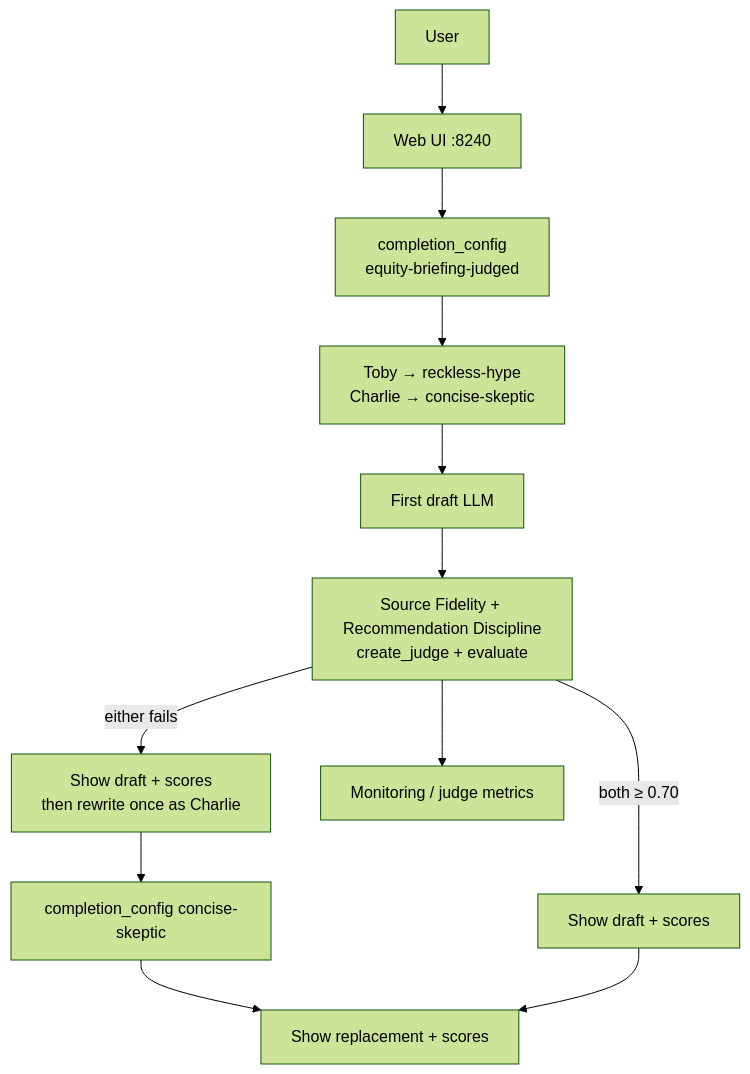
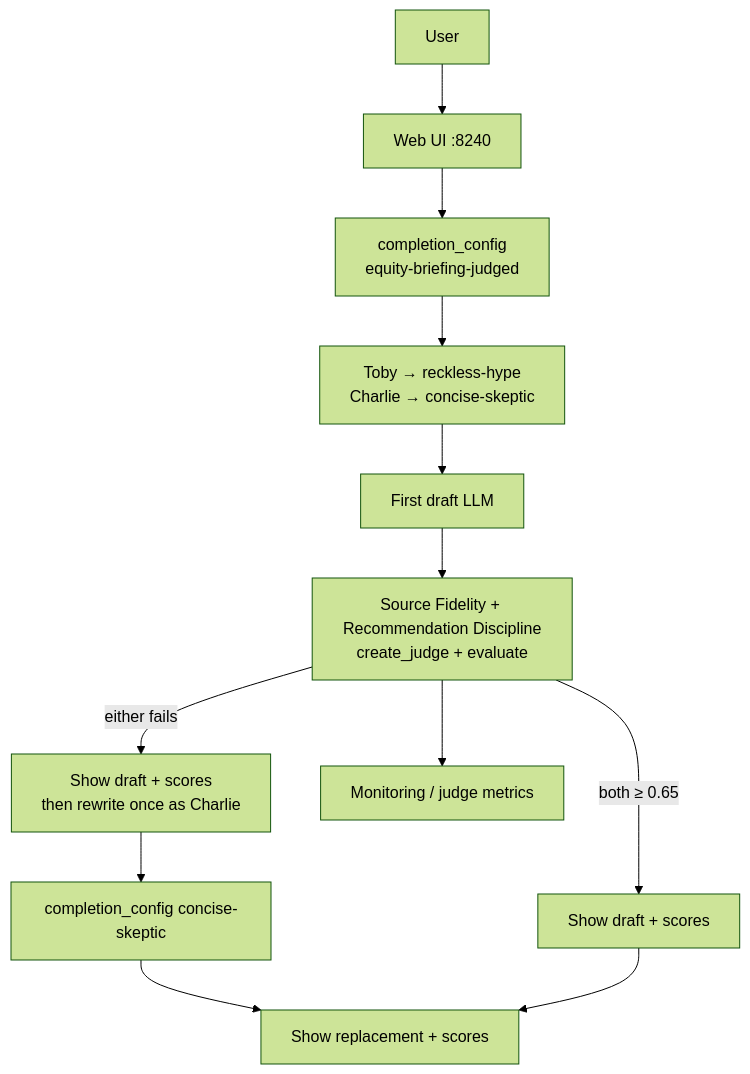
The diagram in 20-agent-config/24-agent-judges/application.md (marcoman/lunch-marcoly), drawn with Mermaid (forest theme) before and after one commit. The commit also changed other lines of this file and 22 other files, not shown here.

````diff
--- a/20-agent-config/24-agent-judges/application.md
+++ b/20-agent-config/24-agent-judges/application.md
@@ -100,14 +101,14 @@
 ```mermaid
 flowchart TB
   User["User"] --> UI["Web UI :8240"]
   UI --> App["completion_config<br/>equity-briefing-judged"]
   App --> LD["Toby → reckless-hype<br/>Charlie → concise-skeptic"]
   LD --> Draft["First draft LLM"]
   Draft --> Judges["Source Fidelity + Recommendation Discipline<br/>create_judge + evaluate"]
-  Judges -->|"both ≥ 0.70"| Pass["Show draft + scores"]
+  Judges -->|"both ≥ 0.65"| Pass["Show draft + scores"]
   Judges -->|"either fails"| Gate["Show draft + scores<br/>then rewrite once as Charlie"]
   Gate --> Rewrite["completion_config concise-skeptic"]
   Rewrite --> Out["Show replacement + scores"]
   Pass --> Out
   Judges --> Mon["Monitoring / judge metrics"]
 ```
````
